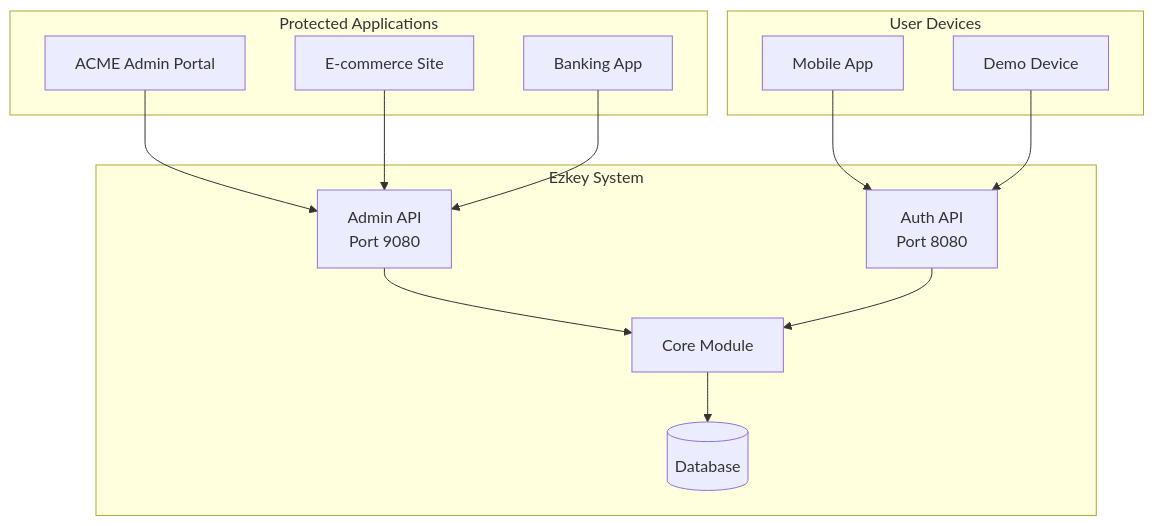
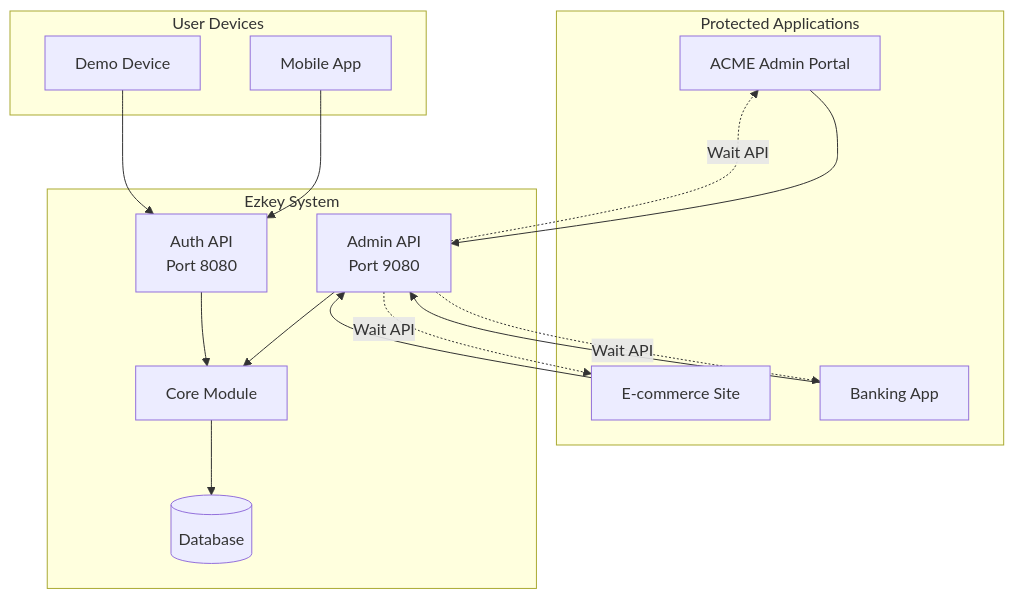
Before and after one commit to mgagp/ezkey: the third of 11 diagrams in README.md, drawn with Mermaid. The commit also changed other lines of this file, not shown here.

First line of the commit message:
docs: update README to reflect changes in Ezkey's features and Wait API

````diff
--- a/README.md
+++ b/README.md
@@ -125,29 +130,33 @@
 ```mermaid
 graph TB
     subgraph "Protected Applications"
         A[ACME Admin Portal]
         B[E-commerce Site]
         C[Banking App]
     end
     
     subgraph "Ezkey System"
         D[Admin API<br/>Port 9080]
         E[Auth API<br/>Port 8080]
         F[Core Module]
         G[(Database)]
     end
     
     subgraph "User Devices"
         H[Mobile App]
         I[Demo Device]
     end
     
     A --> D
     B --> D
     C --> D
     D --> F
     E --> F
     F --> G
     H --> E
     I --> E
+    
+    D -.->|Wait API| A
+    D -.->|Wait API| B
+    D -.->|Wait API| C
 ```
````
